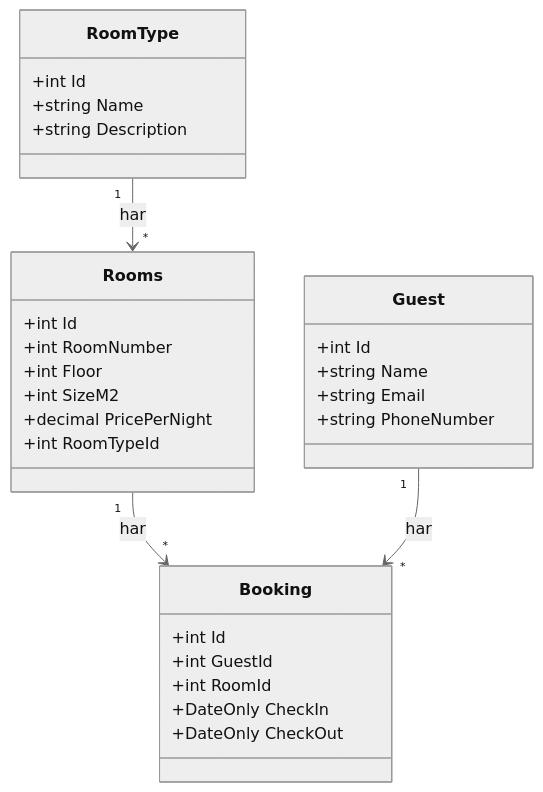
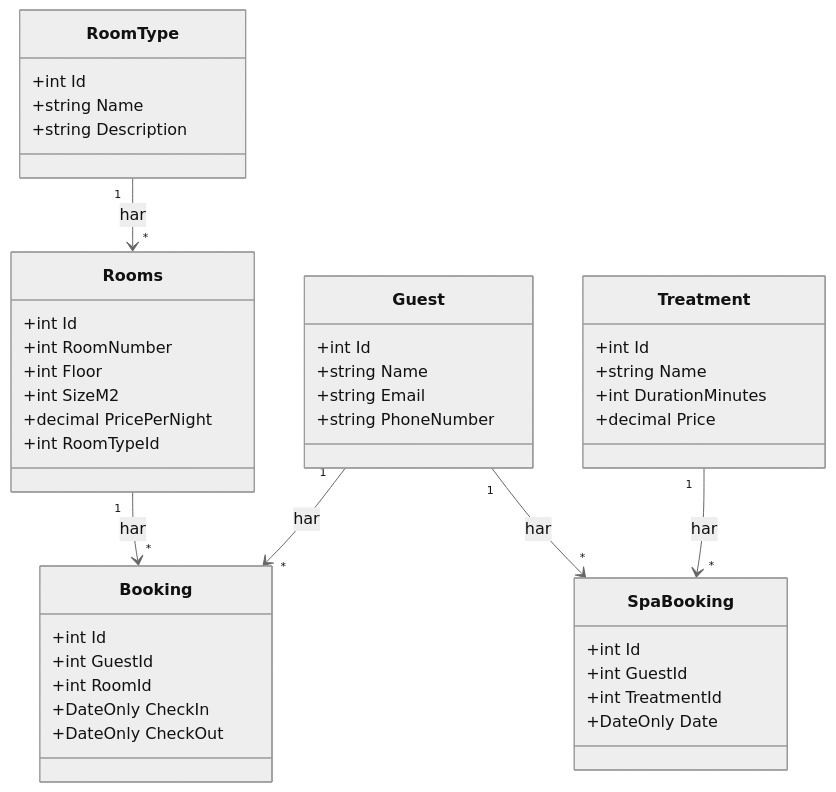
One commit to Oliver-agg/HotelGrandioso changed the diagram in README.md. Above: the diagram before and after it, drawn with Mermaid (neutral theme). The commit also changed other lines of this file, not shown here.

````diff
--- a/README.md
+++ b/README.md
@@ -80,32 +80,46 @@
 ```mermaid
 classDiagram
     class RoomType {
         +int Id
         +string Name
         +string Description
     }
     class Rooms {
         +int Id
         +int RoomNumber
         +int Floor
         +int SizeM2
         +decimal PricePerNight
         +int RoomTypeId
     }
     class Guest {
         +int Id
         +string Name
         +string Email
         +string PhoneNumber
     }
     class Booking {
         +int Id
         +int GuestId
         +int RoomId
         +DateOnly CheckIn
         +DateOnly CheckOut
     }
+    class Treatment {
+        +int Id
+        +string Name
+        +int DurationMinutes
+        +decimal Price
+    }
+    class SpaBooking {
+        +int Id
+        +int GuestId
+        +int TreatmentId
+        +DateOnly Date
+    }
     RoomType "1" --> "*" Rooms : har
     Rooms "1" --> "*" Booking : har
     Guest "1" --> "*" Booking : har
+    Guest "1" --> "*" SpaBooking : har
+    Treatment "1" --> "*" SpaBooking : har
 ```
````
